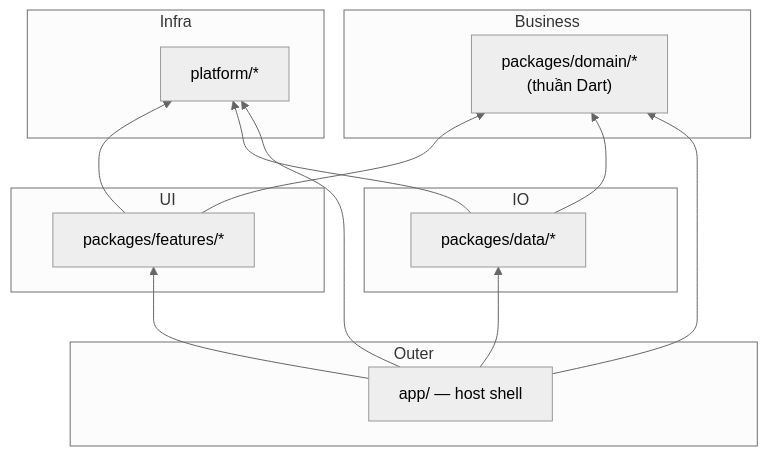
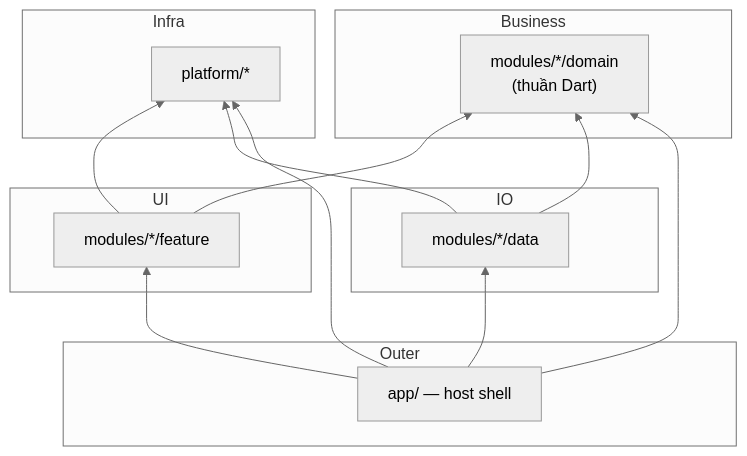
One commit to CaoGiaHieu-dev/flutter-monorepo-codebase changed the diagram in docs/vi/getting-started/02_project_tour.md. Above: the diagram before and after it, drawn with Mermaid (neutral theme). The commit also changed other lines of this file and 297 other files, not shown here.

First line of the commit message:
refactor: move product packages into vertical slices under modules/

````diff
--- a/docs/vi/getting-started/02_project_tour.md
+++ b/docs/vi/getting-started/02_project_tour.md
@@ -99,27 +118,27 @@
 ```mermaid
 graph BT
     subgraph Outer
         App["app/ — host shell"]
     end
     subgraph UI
-        Features["packages/features/*"]
+        Features["modules/*/feature"]
     end
     subgraph Business
-        Domain["packages/domain/*<br/>(thuần Dart)"]
+        Domain["modules/*/domain<br/>(thuần Dart)"]
     end
     subgraph IO
-        Data["packages/data/*"]
+        Data["modules/*/data"]
     end
     subgraph Infra
         Core["platform/*"]
     end
 
     Features --> Domain
     Data --> Domain
     Features --> Core
     Data --> Core
     App --> Features
     App --> Data
     App --> Domain
     App --> Core
 ```
````
